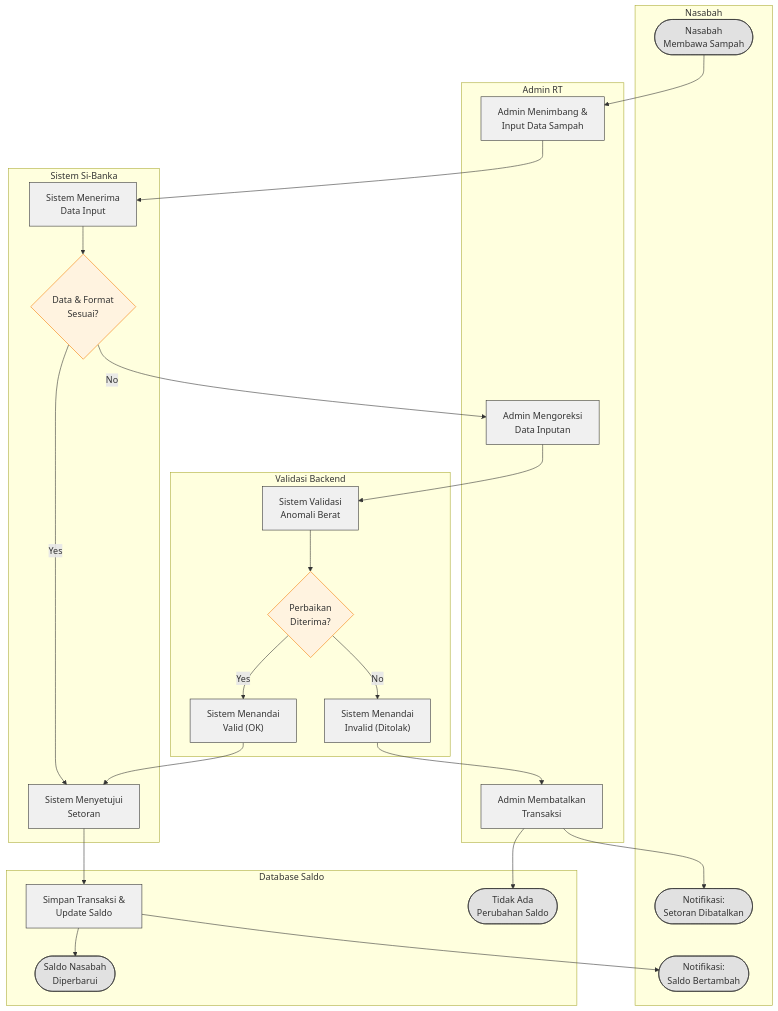
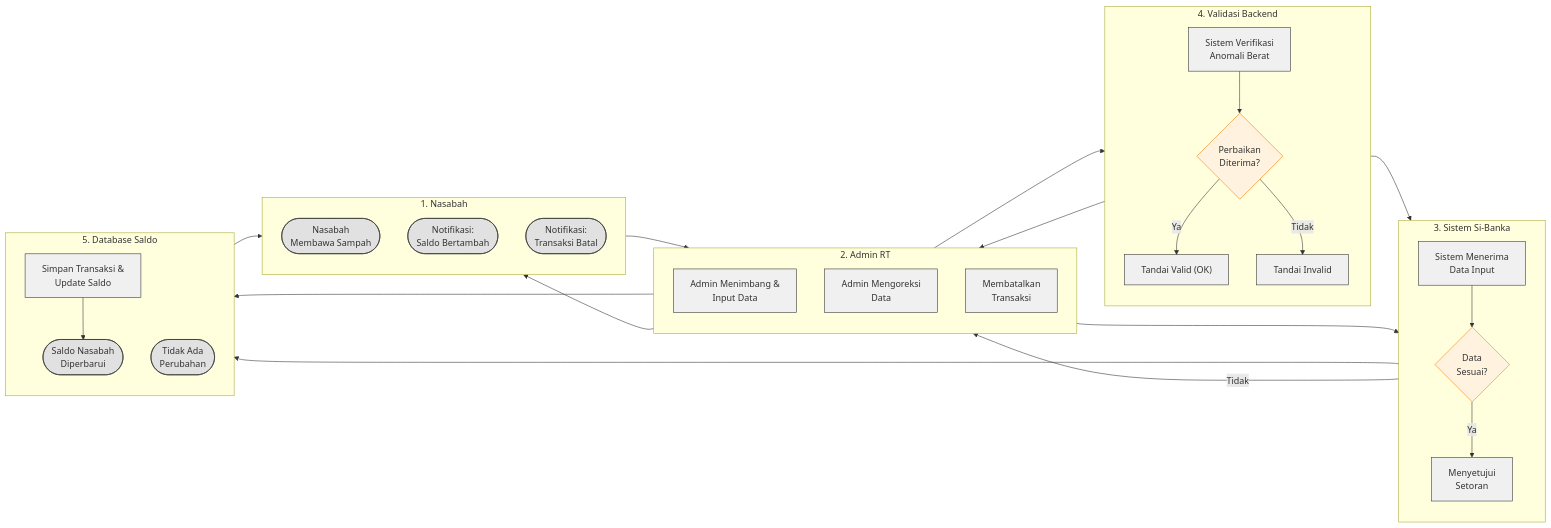
Before and after one commit to GUSTIAN-VICKY/SI-BANKA: the diagram in Swimlane_Visio_Format.md, drawn with Mermaid. The commit also changed other lines of this file, not shown here.

Commit message:
Refactor swimlane to LR horizontal mapping to prevent tangled lines

````diff
--- a/Swimlane_Visio_Format.md
+++ b/Swimlane_Visio_Format.md
@@ -5,67 +5,75 @@
 ```mermaid
-flowchart TD
-    %% Konfigurasi style khusus agar mirip standar bentuk Visio
+flowchart LR
+    %% Style standar rapi
     classDef startend fill:#e1e1e1,stroke:#333,stroke-width:1px,rx:20,ry:20;
     classDef process fill:#f0f0f0,stroke:#333,stroke-width:1px;
     classDef decision fill:#fff3e0,stroke:#f57c00,stroke-width:1px;
+
+    %% SWIMLANES (Dibariskan dari Kiri ke Kanan sebagai Kolom) %%
     
-    subgraph Kolom1 ["Nasabah"]
+    subgraph Nasabah ["1. Nasabah"]
+        direction TB
         N_Start([Nasabah\nMembawa Sampah]):::startend
-        N_Fail([Notifikasi:\nSetoran Dibatalkan]):::startend
         N_End([Notifikasi:\nSaldo Bertambah]):::startend
+        N_Fail([Notifikasi:\nTransaksi Batal]):::startend
     end
 
-    subgraph Kolom2 ["Admin RT"]
-        A_Log["Admin Menimbang &\nInput Data Sampah"]:::process
-        A_Req["Admin Mengoreksi\nData Inputan"]:::process
-        A_Cancel["Admin Membatalkan\nTransaksi"]:::process
+    subgraph Admin ["2. Admin RT"]
+        direction TB
+        A_Log["Admin Menimbang &\nInput Data"]:::process
+        A_Req["Admin Mengoreksi\nData"]:::process
+        A_Cancel["Membatalkan\nTransaksi"]:::process
     end
 
-    subgraph Kolom3 ["Sistem Si-Banka"]
+    subgraph Sistem ["3. Sistem Si-Banka"]
+        direction TB
         S_Review["Sistem Menerima\nData Input"]:::process
-        S_Dec_Valid{"Data & Format\nSesuai?"}:::decision
-        S_Approve["Sistem Menyetujui\nSetoran"]:::process
+        S_Dec_Valid{"Data\nSesuai?"}:::decision
+        S_Approve["Menyetujui\nSetoran"]:::process
     end
 
-    subgraph Kolom4 ["Validasi Backend"]
-        V_Rule["Sistem Validasi\nAnomali Berat"]:::process
+    subgraph Validasi ["4. Validasi Backend"]
+        direction TB
+        V_Rule["Sistem Verifikasi\nAnomali Berat"]:::process
         V_Dec_Chg{"Perbaikan\nDiterima?"}:::decision
-        V_Ok["Sistem Menandai\nValid (OK)"]:::process
-        V_No["Sistem Menandai\nInvalid (Ditolak)"]:::process
+        V_Ok["Tandai Valid (OK)"]:::process
+        V_No["Tandai Invalid"]:::process
     end
 
-    subgraph Kolom5 ["Database Saldo"]
+    subgraph DB ["5. Database Saldo"]
+        direction TB
         DB_Save["Simpan Transaksi &\nUpdate Saldo"]:::process
         DB_End([Saldo Nasabah\nDiperbarui]):::startend
-        DB_CancelEnd([Tidak Ada\nPerubahan Saldo]):::startend
+        DB_CancelEnd([Tidak Ada\nPerubahan]):::startend
     end
 
-    %% Routing / Alur Panah
+    %% MAPPING ALUR (Diurutkan berdasarkan eksekusi) %%
+    
     N_Start --> A_Log
     A_Log --> S_Review
     S_Review --> S_Dec_Valid
-    
-    %% Jika Standard Terms / Format Sesuai
-    S_Dec_Valid -- Yes --> S_Approve
-    
-    %% Jika Data Ada yang Salah / Tidak Standar
-    S_Dec_Valid -- No --> A_Req
+
+    %% Percabangan Pertama
+    S_Dec_Valid -- Ya --> S_Approve
+    S_Dec_Valid -- Tidak --> A_Req
+
+    %% Loop Perbaikan
     A_Req --> V_Rule
     V_Rule --> V_Dec_Chg
-    
-    %% Pemeriksaan Koreksi
-    V_Dec_Chg -- Yes --> V_Ok
+
+    %% Percabangan Kedua (Hasil Perbaikan)
+    V_Dec_Chg -- Ya --> V_Ok
     V_Ok --> S_Approve
 
-    V_Dec_Chg -- No --> V_No
+    V_Dec_Chg -- Tidak --> V_No
     V_No --> A_Cancel
 
-    %% Alur Batal
+    %% Alur Gagal
+    A_Cancel --> DB_CancelEnd
     A_Cancel --> N_Fail
-    A_Cancel --> DB_CancelEnd
 
-    %% Alur Berhasil / Fulfillment
+    %% Alur Sukses
     S_Approve --> DB_Save
     DB_Save --> DB_End
     DB_Save --> N_End
 ```
````
